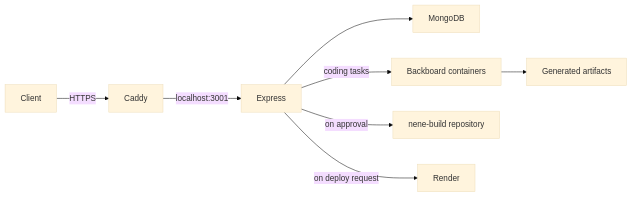
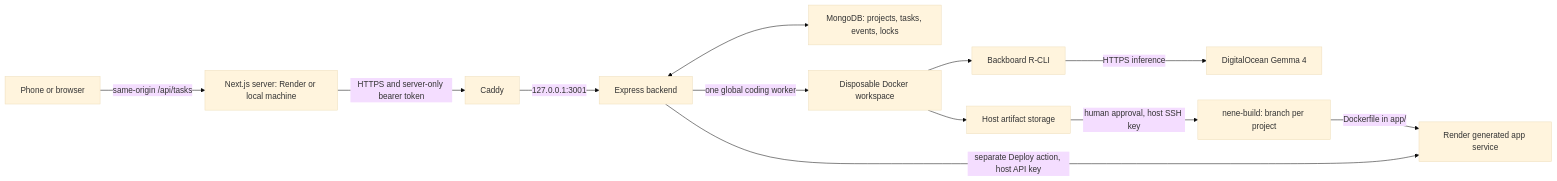
One commit to DoanGiaHuyVu/nene-backend changed the diagram in README.md. Above: the diagram before and after it, drawn with Mermaid (base theme). The commit also changed other lines of this file and 1 other file, not shown here.

Commit message:
Document verified backend setup and VM operations

````diff
--- a/README.md
+++ b/README.md
@@ -18,10 +19,14 @@
 ```mermaid
 flowchart LR
-    Client -->|HTTPS| Caddy
-    Caddy -->|localhost:3001| Express
-    Express --> MongoDB
-    Express -->|coding tasks| Docker[Backboard containers]
-    Docker --> Artifacts[Generated artifacts]
-    Express -->|on approval| GitHub[nene-build repository]
-    Express -->|on deploy request| Render
+    Browser[Phone or browser] -->|same-origin /api/tasks| Next[Next.js server: Render or local machine]
+    Next -->|HTTPS and server-only bearer token| Caddy
+    Caddy -->|127.0.0.1:3001| API[Express backend]
+    API <--> Mongo[MongoDB: projects, tasks, events, locks]
+    API -->|one global coding worker| Docker[Disposable Docker workspace]
+    Docker --> Backboard[Backboard R-CLI]
+    Backboard -->|HTTPS inference| Model[DigitalOcean Gemma 4]
+    Docker --> Artifacts[Host artifact storage]
+    Artifacts -->|human approval, host SSH key| GitHub[nene-build: branch per project]
+    API -->|separate Deploy action, host API key| Render[Render generated app service]
+    GitHub -->|Dockerfile in app/| Render
 ```
````
